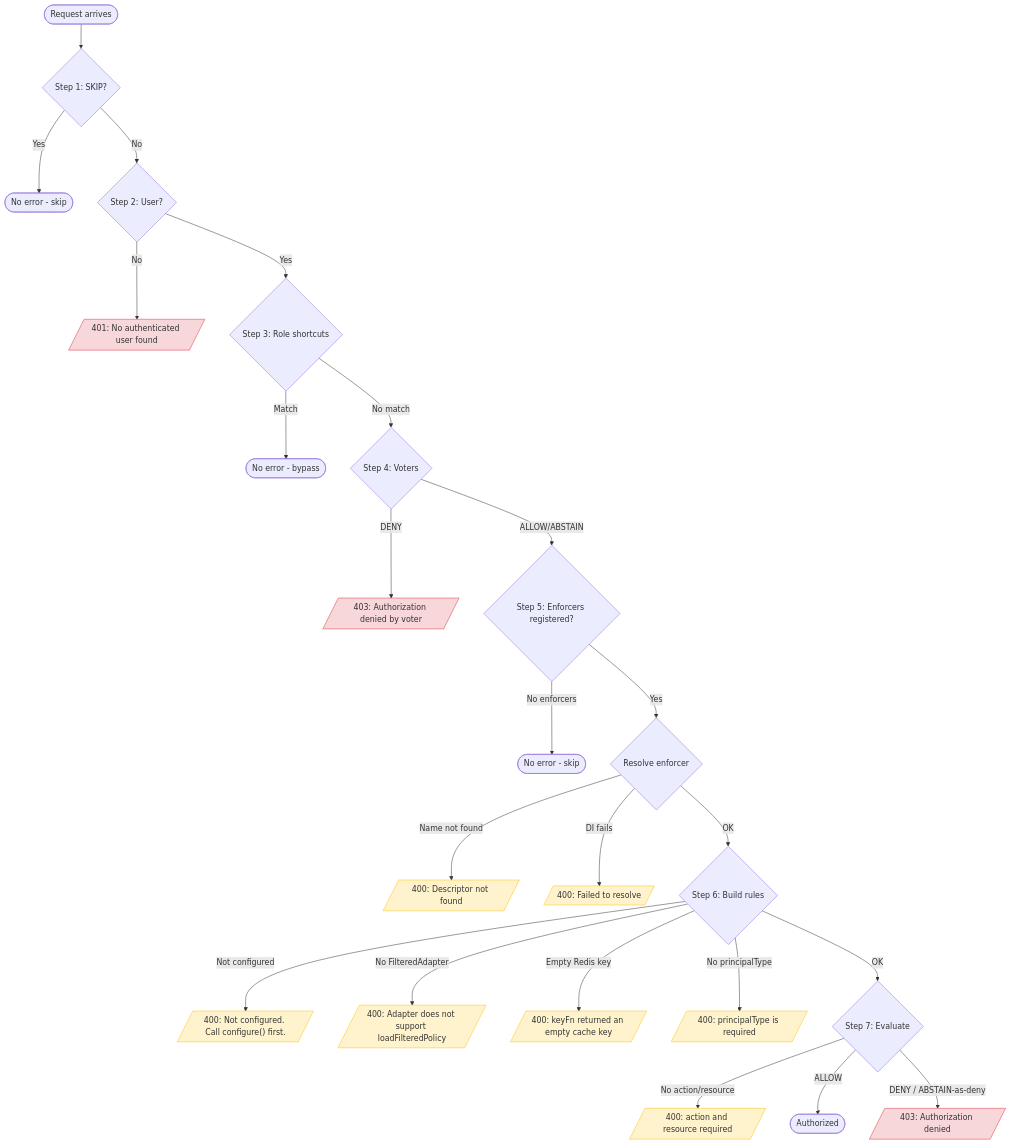
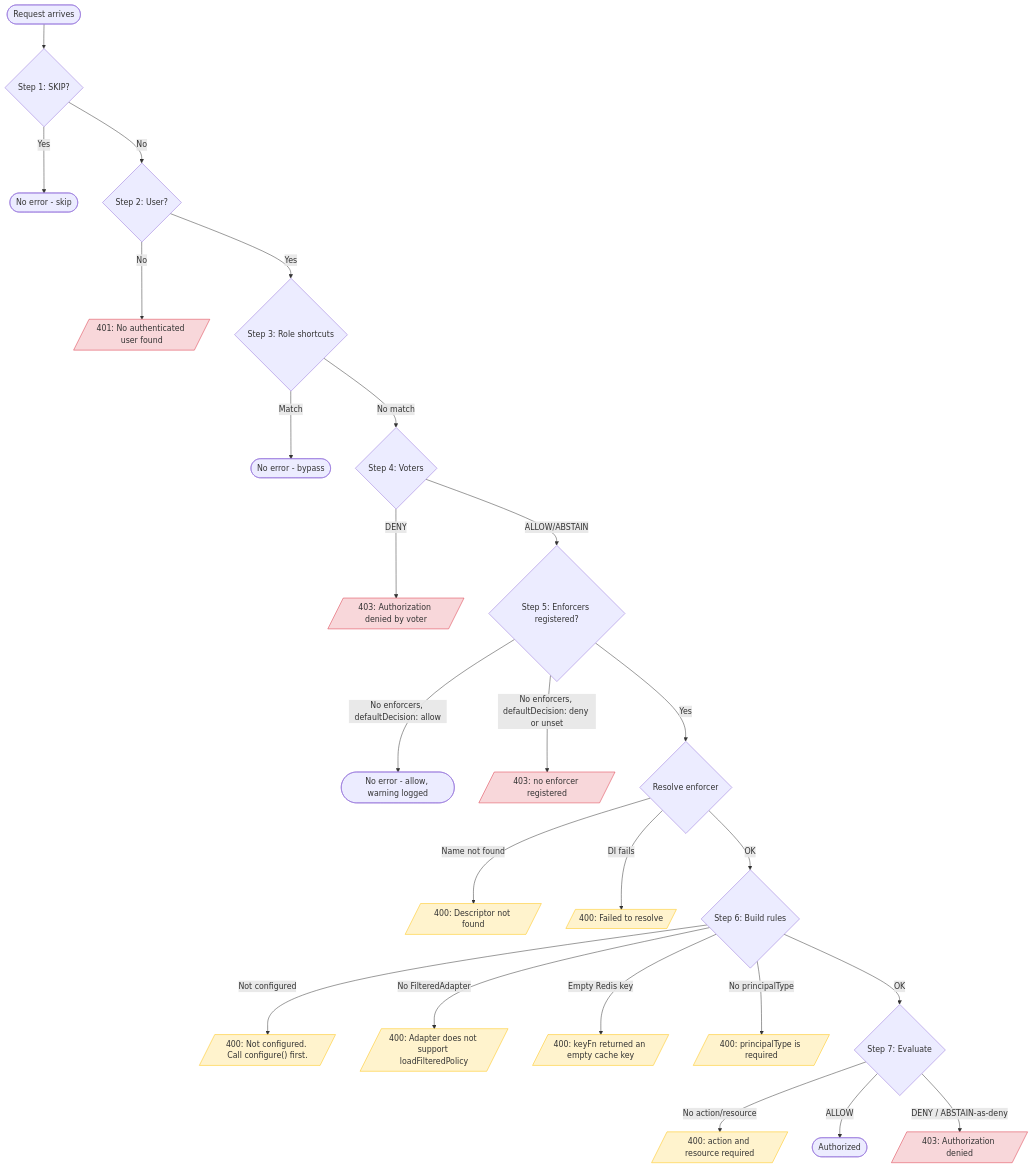
One commit to VENIZIA-AI/ignis changed the diagram in docs/wiki/content/extensions/components/authorization/errors.md. Above: the diagram before and after it, drawn with Mermaid. The commit also changed other lines of this file and 11 other files, not shown here.

````diff
--- a/docs/wiki/content/extensions/components/authorization/errors.md
+++ b/docs/wiki/content/extensions/components/authorization/errors.md
@@ -19,39 +19,41 @@
 ```mermaid
 flowchart TD
     Req([Request arrives]) --> S1{"Step 1: SKIP?"}
     S1 -->|Yes| OK1([No error - skip])
     S1 -->|No| S2{"Step 2: User?"}
     S2 -->|No| E401[/"401: No authenticated user found"/]
     S2 -->|Yes| S3{"Step 3: Role shortcuts"}
     S3 -->|Match| OK2([No error - bypass])
     S3 -->|No match| S4{"Step 4: Voters"}
     S4 -->|DENY| E403a[/"403: Authorization denied by voter"/]
     S4 -->|ALLOW/ABSTAIN| S5{"Step 5: Enforcers registered?"}
 
-    S5 -->|No enforcers| OK3([No error - skip])
+    S5 -->|No enforcers, defaultDecision: allow| OK3([No error - allow, warning logged])
+    S5 -->|No enforcers, defaultDecision: deny or unset| E403c[/"403: no enforcer registered"/]
     S5 -->|Yes| S5b{"Resolve enforcer"}
     S5b -->|Name not found| E400b[/"400: Descriptor not found"/]
     S5b -->|DI fails| E400c[/"400: Failed to resolve"/]
     S5b -->|OK| S6{"Step 6: Build rules"}
 
     S6 -->|Not configured| E400d[/"400: Not configured. Call configure() first."/]
     S6 -->|No FilteredAdapter| E400e[/"400: Adapter does not support loadFilteredPolicy"/]
     S6 -->|Empty Redis key| E400f[/"400: keyFn returned an empty cache key"/]
     S6 -->|No principalType| E400g[/"400: principalType is required"/]
     S6 -->|OK| S7{"Step 7: Evaluate"}
 
     S7 -->|No action/resource| E400h[/"400: action and resource required"/]
     S7 -->|ALLOW| OK4([Authorized])
     S7 -->|DENY / ABSTAIN-as-deny| E403b[/"403: Authorization denied"/]
 
     style E401 fill:#f8d7da,stroke:#dc3545
     style E403a fill:#f8d7da,stroke:#dc3545
     style E403b fill:#f8d7da,stroke:#dc3545
+    style E403c fill:#f8d7da,stroke:#dc3545
     style E400b fill:#fff3cd,stroke:#ffc107
     style E400c fill:#fff3cd,stroke:#ffc107
     style E400d fill:#fff3cd,stroke:#ffc107
     style E400e fill:#fff3cd,stroke:#ffc107
     style E400f fill:#fff3cd,stroke:#ffc107
     style E400g fill:#fff3cd,stroke:#ffc107
     style E400h fill:#fff3cd,stroke:#ffc107
 ```
````
